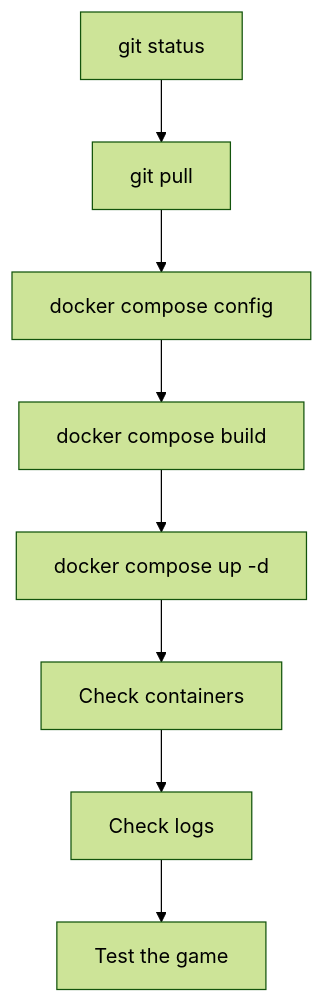
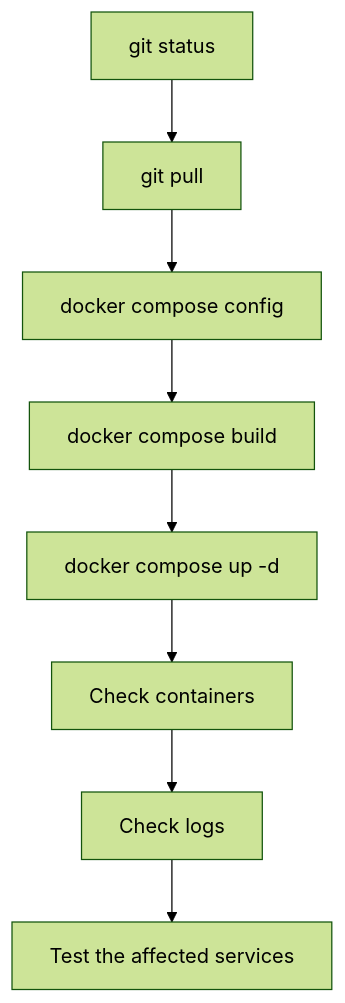
One commit to Gearsik/madiao changed the sixth of 6 diagrams in docs/runbook/production-updates.md. Above: the diagram before and after it, drawn with Mermaid (forest theme). The commit also changed other lines of this file and 16 other files, not shown here.

````diff
--- a/docs/runbook/production-updates.md
+++ b/docs/runbook/production-updates.md
@@ -563,13 +750,13 @@
 ```mermaid
 flowchart TD
     Status["git status"]
     Pull["git pull"]
     Config["docker compose config"]
     Build["docker compose build"]
     Up["docker compose up -d"]
     Containers["Check containers"]
     Logs["Check logs"]
-    Test["Test the game"]
+    Test["Test the affected services"]
 
     Status --> Pull --> Config --> Build --> Up --> Containers --> Logs --> Test
 ```
````
